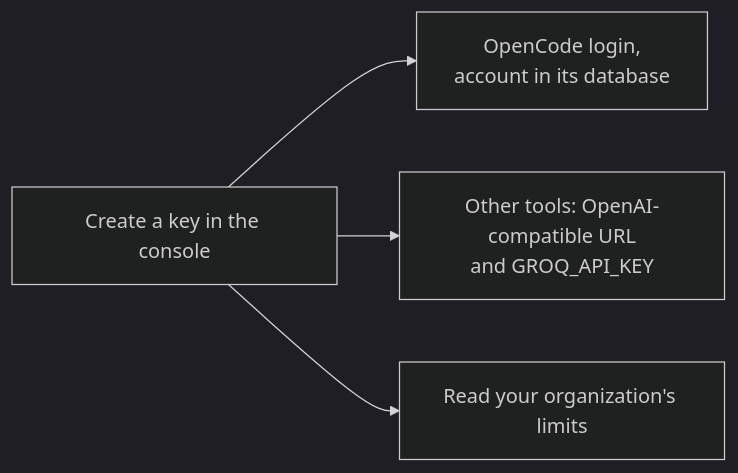
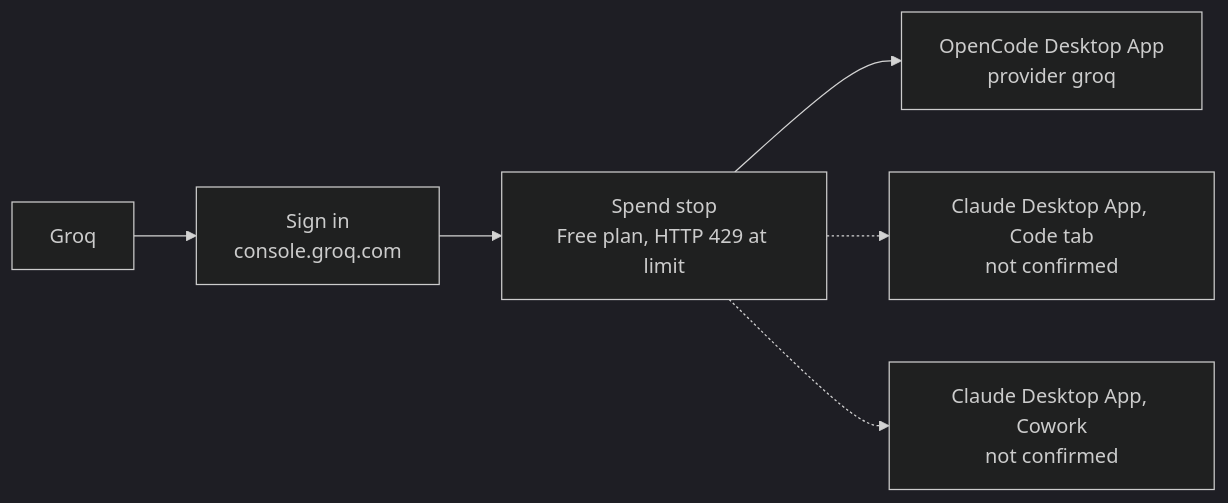
The diagram in guides/groq.md (SoulCraft-Org/compute-crafter), drawn with Mermaid (dark theme) before and after one commit. The commit also changed other lines of this file and 13 other files, not shown here.

````diff
--- a/guides/groq.md
+++ b/guides/groq.md
@@ -9,6 +5,7 @@
 ```mermaid
 flowchart LR
-  K[Create a key in the console] --> O[OpenCode login,<br/>account in its database]
-  K --> X[Other tools: OpenAI-compatible URL<br/>and GROQ_API_KEY]
-  K --> L[Read your organization's limits]
+  P[Groq] --> S[Sign in<br/>console.groq.com] --> G[Spend stop<br/>Free plan, HTTP 429 at limit]
+  G --> O[OpenCode Desktop App<br/>provider groq]
+  G -.-> C[Claude Desktop App, Code tab<br/>not confirmed]
+  G -.-> W[Claude Desktop App, Cowork<br/>not confirmed]
 ```
````
